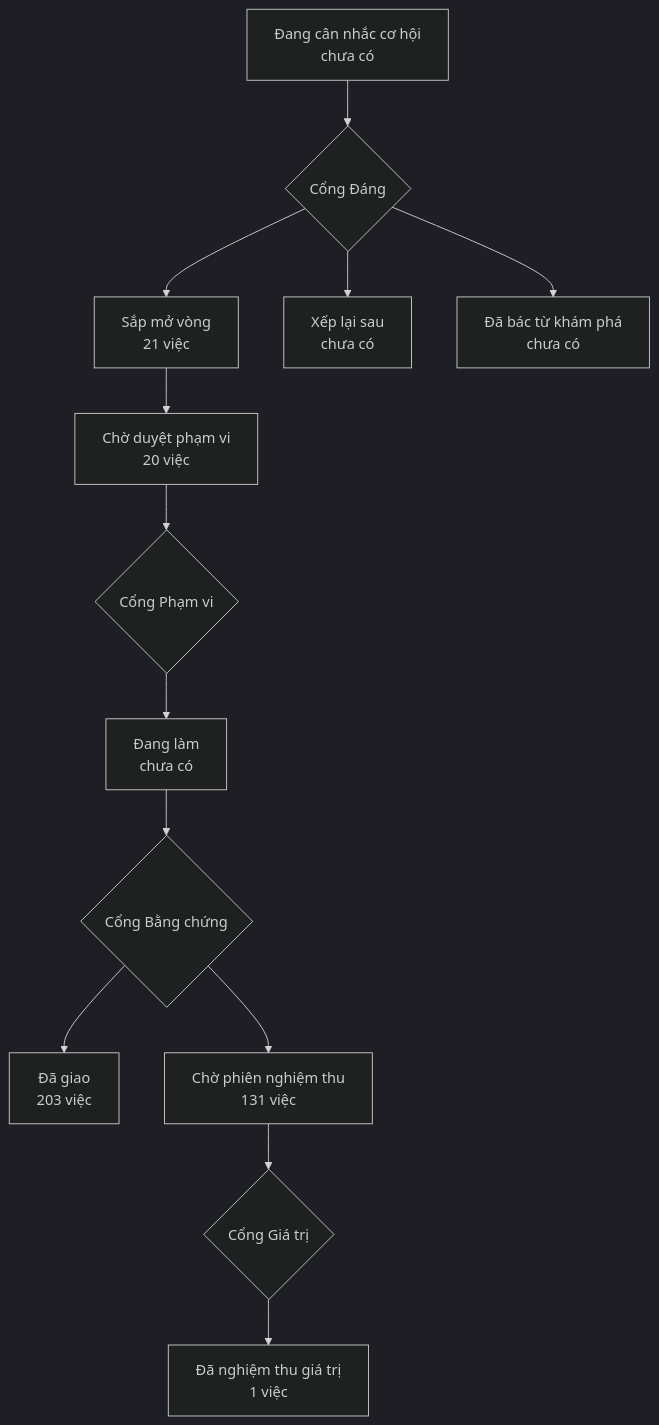
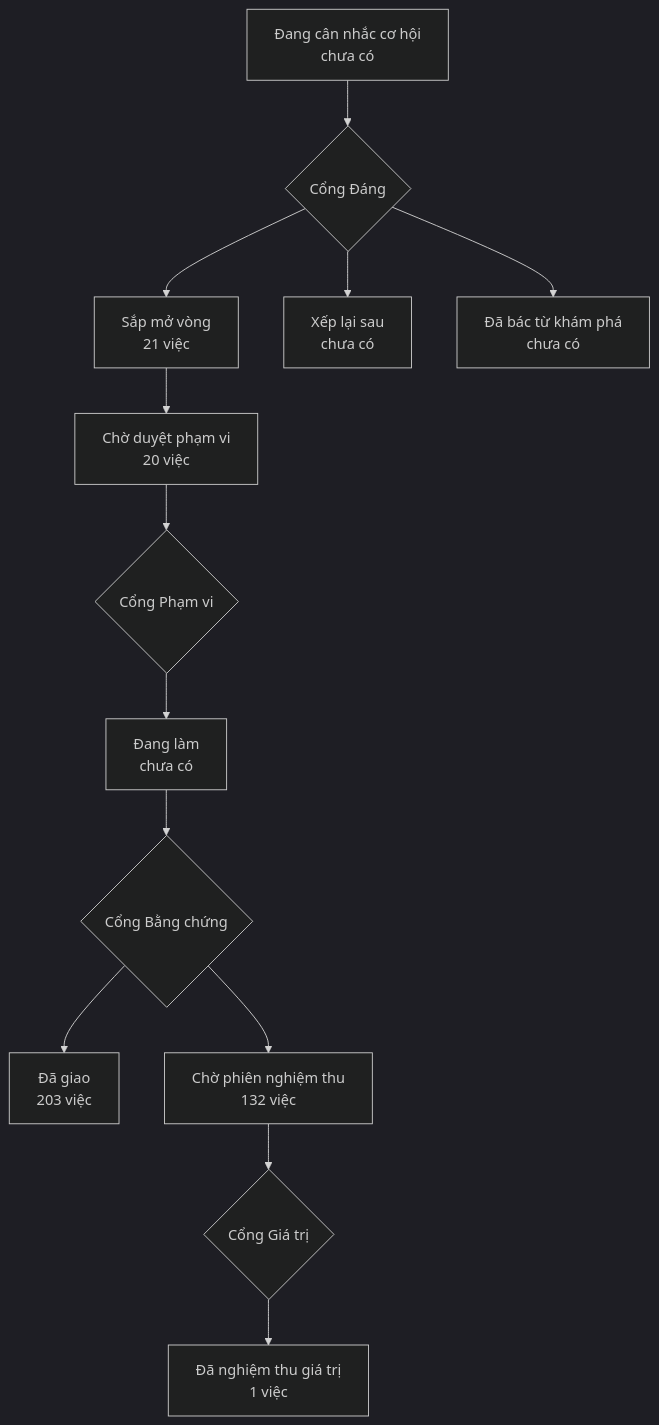
Before and after one commit to phanlemanh/onehub-invest: the diagram in PRODUCT-MAP.md, drawn with Mermaid (dark theme). The commit also changed other lines of this file and 21 other files, not shown here.

````diff
--- a/PRODUCT-MAP.md
+++ b/PRODUCT-MAP.md
@@ -7,12 +7,12 @@
 ```mermaid
 flowchart TD
   A["Đang cân nhắc cơ hội<br/>chưa có"] --> GD{"Cổng Đáng"}
   GD --> B["Sắp mở vòng<br/>21 việc"]
   GD --> XL["Xếp lại sau<br/>chưa có"]
   GD --> DB["Đã bác từ khám phá<br/>chưa có"]
   B --> CD["Chờ duyệt phạm vi<br/>20 việc"] --> GP{"Cổng Phạm vi"}
   GP --> DL["Đang làm<br/>chưa có"] --> GB{"Cổng Bằng chứng"}
   GB --> DG["Đã giao<br/>203 việc"]
-  GB --> CN["Chờ phiên nghiệm thu<br/>131 việc"] --> GG{"Cổng Giá trị"}
+  GB --> CN["Chờ phiên nghiệm thu<br/>132 việc"] --> GG{"Cổng Giá trị"}
   GG --> NT["Đã nghiệm thu giá trị<br/>1 việc"]
 ```
````
